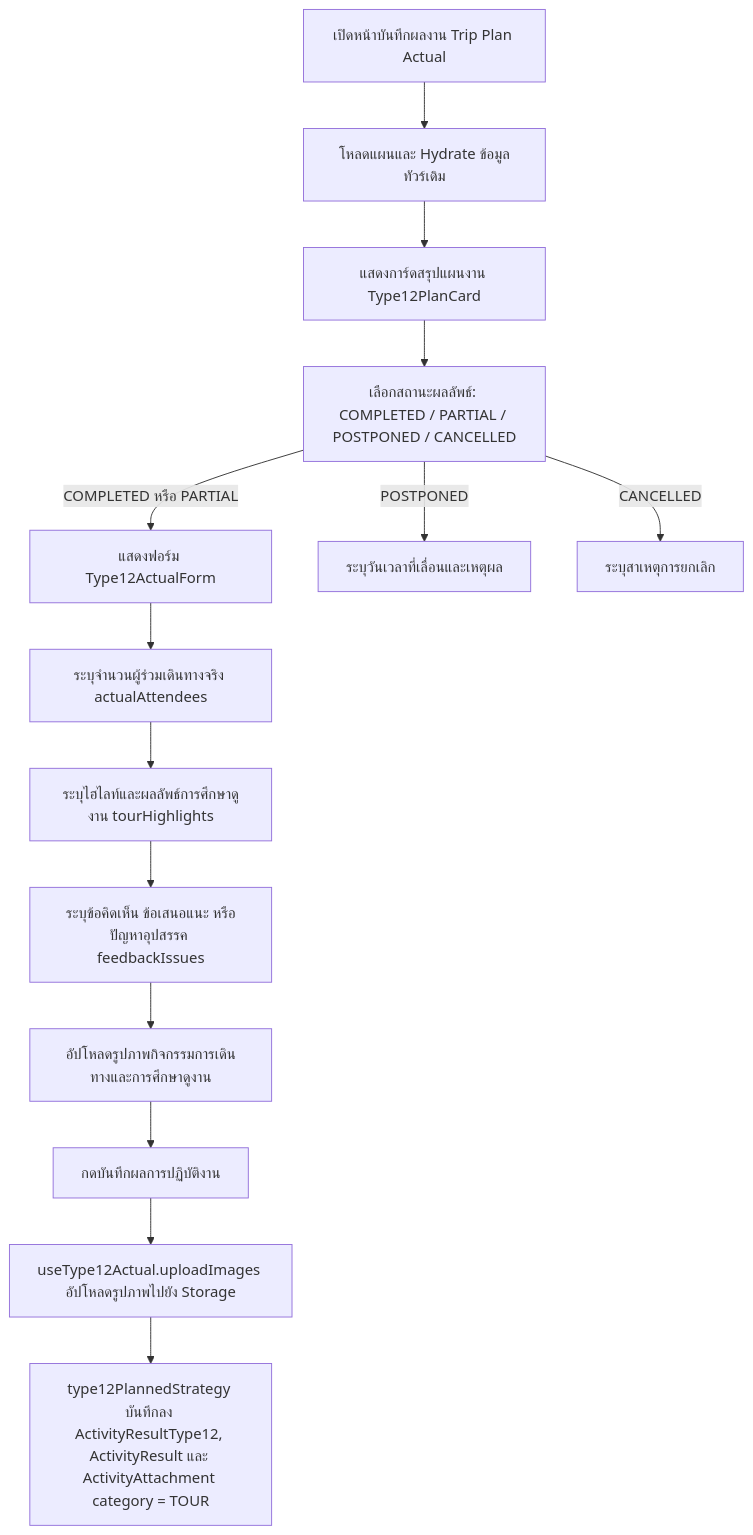
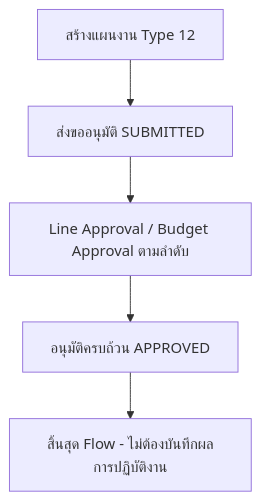
Before and after one commit to bankhk10/crm-bank: the second of 3 diagrams in modules/activity/features/type-12/README.md, drawn with Mermaid. The commit also changed other lines of this file and 3 other files, not shown here.

````diff
--- a/modules/activity/features/type-12/README.md
+++ b/modules/activity/features/type-12/README.md
@@ -64,16 +66,7 @@
 ```mermaid
 graph TD
-    A[เปิดหน้าบันทึกผลงาน Trip Plan Actual] --> B[โหลดแผนและ Hydrate ข้อมูลทัวร์เดิม]
-    B --> C[แสดงการ์ดสรุปแผนงาน Type12PlanCard]
-    C --> D[เลือกสถานะผลลัพธ์: COMPLETED / PARTIAL / POSTPONED / CANCELLED]
-    D -->|COMPLETED หรือ PARTIAL| E[แสดงฟอร์ม Type12ActualForm]
-    E --> F[ระบุจำนวนผู้ร่วมเดินทางจริง actualAttendees]
-    F --> G[ระบุไฮไลท์และผลลัพธ์การศึกษาดูงาน tourHighlights]
-    G --> H[ระบุข้อคิดเห็น ข้อเสนอแนะ หรือปัญหาอุปสรรค feedbackIssues]
-    H --> I[อัปโหลดรูปภาพกิจกรรมการเดินทางและการศึกษาดูงาน]
-    I --> J[กดบันทึกผลการปฏิบัติงาน]
-    J --> K[useType12Actual.uploadImages อัปโหลดรูปภาพไปยัง Storage]
-    K --> L[type12PlannedStrategy บันทึกลง ActivityResultType12, ActivityResult และ ActivityAttachment category = TOUR]
-    D -->|POSTPONED| M[ระบุวันเวลาที่เลื่อนและเหตุผล]
-    D -->|CANCELLED| N[ระบุสาเหตุการยกเลิก]
+    A[สร้างแผนงาน Type 12] --> B[ส่งขออนุมัติ SUBMITTED]
+    B --> C[Line Approval / Budget Approval ตามลำดับ]
+    C --> D[อนุมัติครบถ้วน APPROVED]
+    D --> E[สิ้นสุด Flow - ไม่ต้องบันทึกผลการปฏิบัติงาน]
 ```
````
